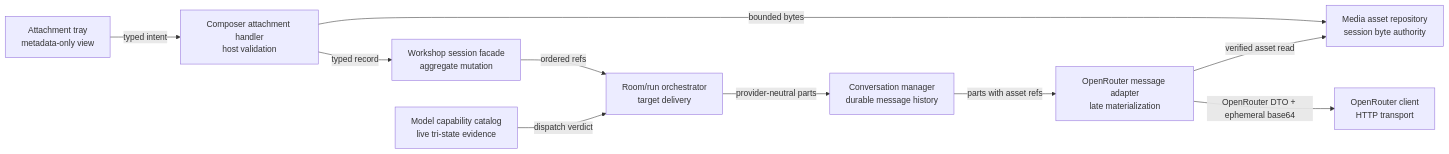
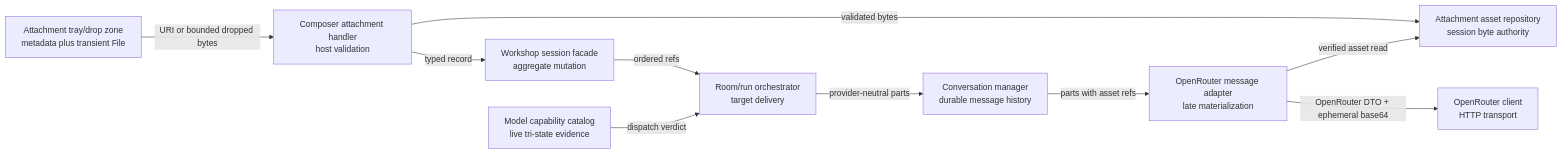
One commit to okeylanders/prose-minion-vscode changed the first of 2 diagrams in .todo/epics/epic-workshop-multimodal-composer-2026-09-03/architecture-change-runway.md. Above: the diagram before and after it, drawn with Mermaid. The commit also changed other lines of this file and 12 other files, not shown here.

````diff
--- a/.todo/epics/epic-workshop-multimodal-composer-2026-09-03/architecture-change-runway.md
+++ b/.todo/epics/epic-workshop-multimodal-composer-2026-09-03/architecture-change-runway.md
@@ -163,12 +170,12 @@
 ```mermaid
 flowchart LR
-    UI[Attachment tray\nmetadata-only view] -->|typed intent| H[Composer attachment handler\nhost validation]
-    H -->|bounded bytes| AR[Media asset repository\nsession byte authority]
+    UI[Attachment tray/drop zone\nmetadata plus transient File] -->|URI or bounded dropped bytes| H[Composer attachment handler\nhost validation]
+    H -->|validated bytes| AR[Attachment asset repository\nsession byte authority]
     H -->|typed record| S[Workshop session facade\naggregate mutation]
     S -->|ordered refs| R[Room/run orchestrator\ntarget delivery]
     R -->|provider-neutral parts| CM[Conversation manager\ndurable message history]
     CM -->|parts with asset refs| OA[OpenRouter message adapter\nlate materialization]
     OA -->|verified asset read| AR
     OA -->|OpenRouter DTO + ephemeral base64| OC[OpenRouter client\nHTTP transport]
     MC[Model capability catalog\nlive tri-state evidence] -->|dispatch verdict| R
 ```
````
